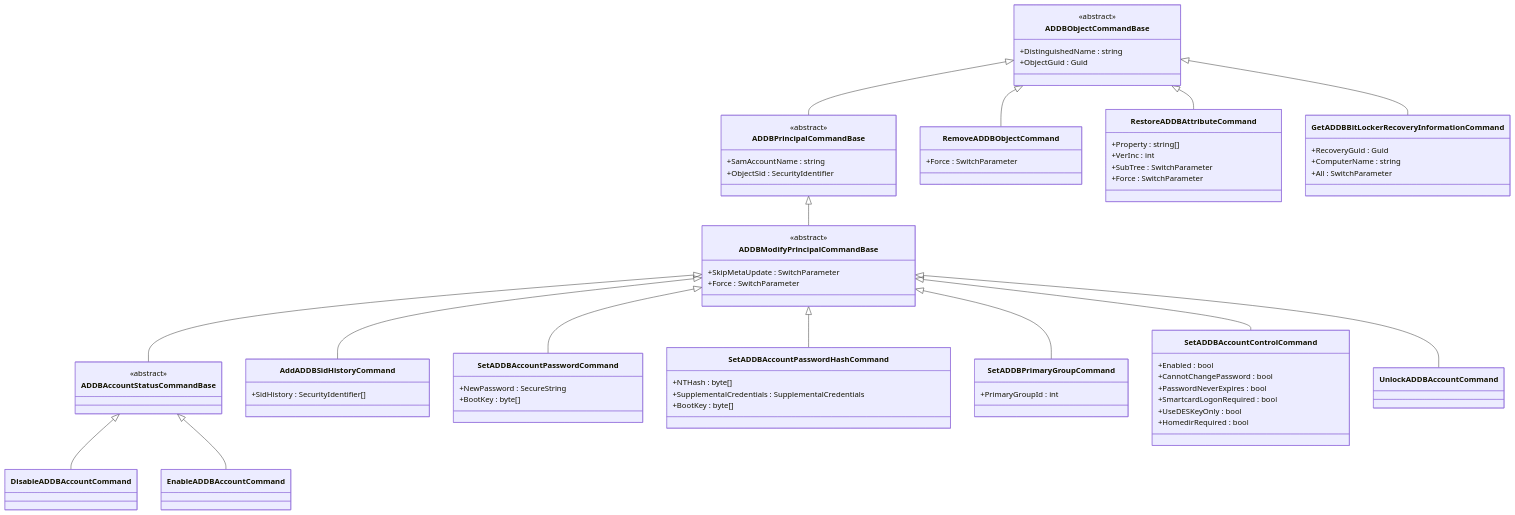
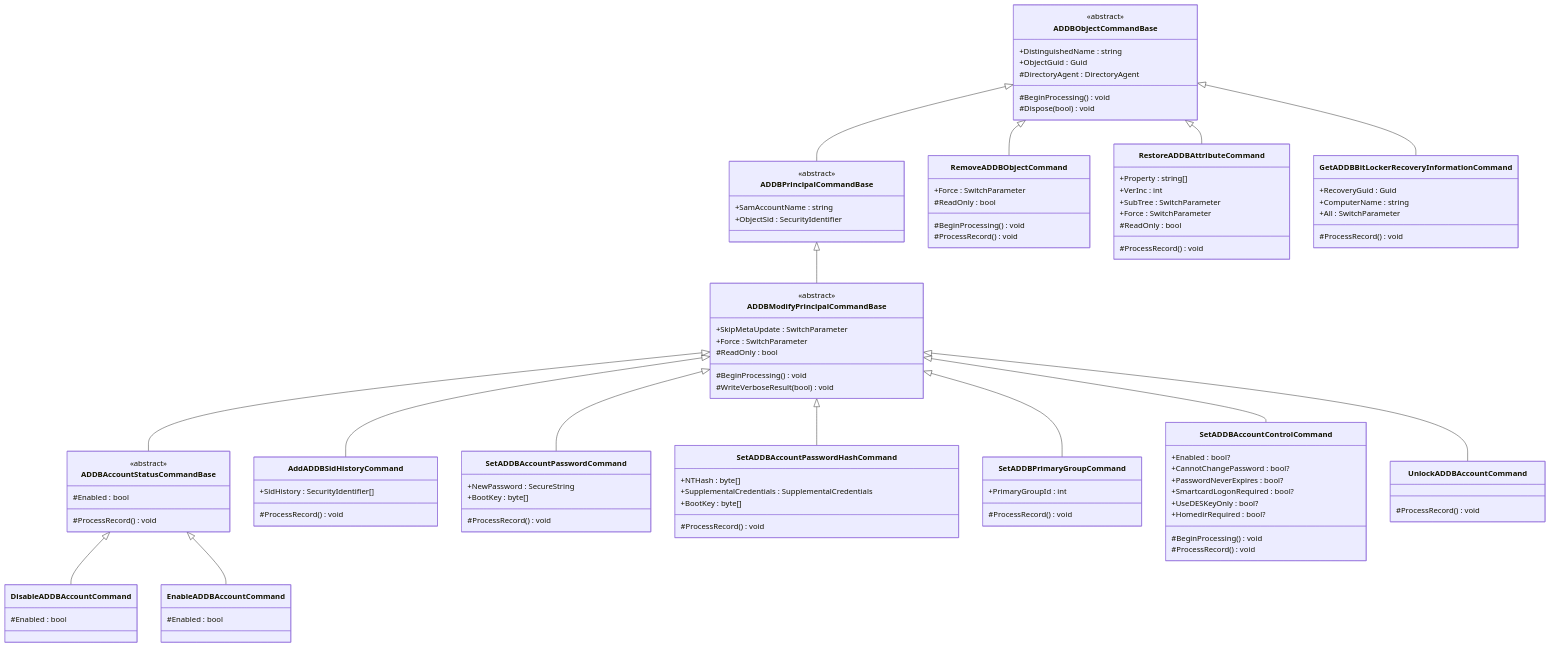
Before and after one commit to MichaelGrafnetter/DSInternals: the third of 10 diagrams in Src/DSInternals.PowerShell/Commands/README.md, drawn with Mermaid. The commit also changed other lines of this file and 286 other files, not shown here.

```diff
--- a/Src/DSInternals.PowerShell/Commands/README.md
+++ b/Src/DSInternals.PowerShell/Commands/README.md
@@ -155,6 +254,9 @@
         <<abstract>>
         +DistinguishedName : string
         +ObjectGuid : Guid
+        #DirectoryAgent : DirectoryAgent
+        #BeginProcessing() void
+        #Dispose(bool) void
     }
     class ADDBPrincipalCommandBase {
         <<abstract>>
@@ -165,9 +267,14 @@
         <<abstract>>
         +SkipMetaUpdate : SwitchParameter
         +Force : SwitchParameter
+        #ReadOnly : bool
+        #BeginProcessing() void
+        #WriteVerboseResult(bool) void
     }
     class ADDBAccountStatusCommandBase {
         <<abstract>>
+        #Enabled : bool
+        #ProcessRecord() void
     }
 
     ADDBObjectCommandBase <|-- ADDBPrincipalCommandBase
@@ -176,44 +283,62 @@
 
     class RemoveADDBObjectCommand {
         +Force : SwitchParameter
+        #ReadOnly : bool
+        #BeginProcessing() void
+        #ProcessRecord() void
     }
     class RestoreADDBAttributeCommand {
         +Property : string[]
         +VerInc : int
         +SubTree : SwitchParameter
         +Force : SwitchParameter
+        #ReadOnly : bool
+        #ProcessRecord() void
     }
     class GetADDBBitLockerRecoveryInformationCommand {
         +RecoveryGuid : Guid
         +ComputerName : string
         +All : SwitchParameter
+        #ProcessRecord() void
     }
-    class DisableADDBAccountCommand
-    class EnableADDBAccountCommand
+    class DisableADDBAccountCommand {
+        #Enabled : bool
+    }
+    class EnableADDBAccountCommand {
+        #Enabled : bool
+    }
     class AddADDBSidHistoryCommand {
         +SidHistory : SecurityIdentifier[]
+        #ProcessRecord() void
     }
     class SetADDBAccountPasswordCommand {
         +NewPassword : SecureString
         +BootKey : byte[]
+        #ProcessRecord() void
     }
     class SetADDBAccountPasswordHashCommand {
         +NTHash : byte[]
         +SupplementalCredentials : SupplementalCredentials
         +BootKey : byte[]
+        #ProcessRecord() void
     }
     class SetADDBPrimaryGroupCommand {
         +PrimaryGroupId : int
+        #ProcessRecord() void
     }
     class SetADDBAccountControlCommand {
-        +Enabled : bool
-        +CannotChangePassword : bool
-        +PasswordNeverExpires : bool
-        +SmartcardLogonRequired : bool
-        +UseDESKeyOnly : bool
-        +HomedirRequired : bool
+        +Enabled : bool?
+        +CannotChangePassword : bool?
+        +PasswordNeverExpires : bool?
+        +SmartcardLogonRequired : bool?
+        +UseDESKeyOnly : bool?
+        +HomedirRequired : bool?
+        #BeginProcessing() void
+        #ProcessRecord() void
     }
-    class UnlockADDBAccountCommand
+    class UnlockADDBAccountCommand {
+        #ProcessRecord() void
+    }
 
     ADDBObjectCommandBase <|-- RemoveADDBObjectCommand
     ADDBObjectCommandBase <|-- RestoreADDBAttributeCommand
```
